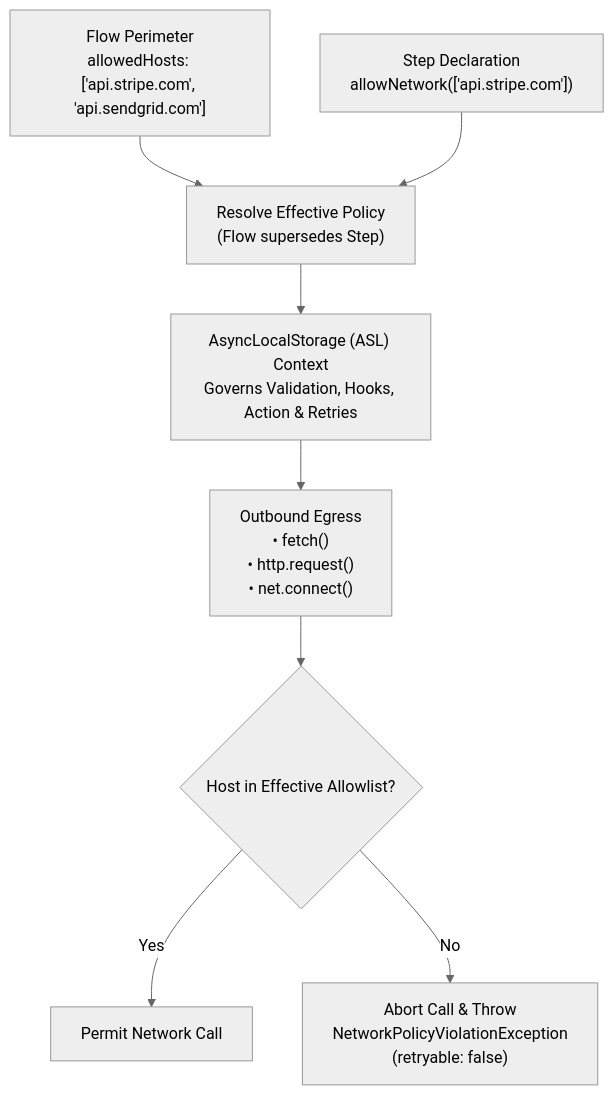
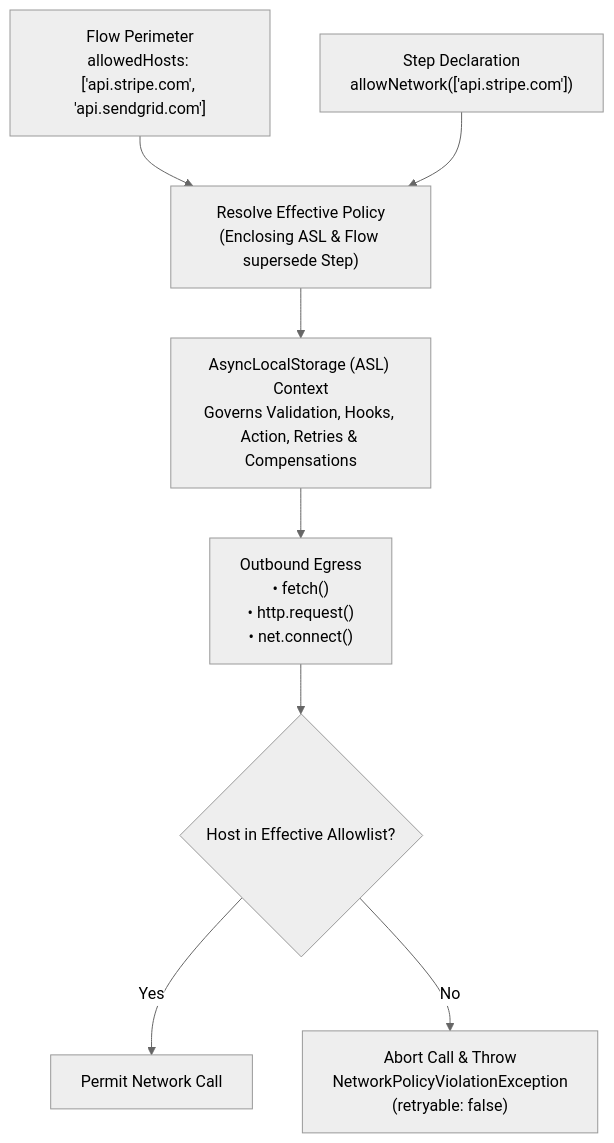
The diagram in skills/siglo-security-and-guardrails/SKILL.md (jsoftgem/siglo), drawn with Mermaid (neutral theme) before and after one commit. The commit also changed other lines of this file and 273 other files, not shown here.

First line of the commit message:
Release v1.3.0: `Step.compute`, Synchronous Dynamic Options, Duration Ergonomics, ASL Egress Governance & Type-Safety Hardening (#15)

````diff
--- a/skills/siglo-security-and-guardrails/SKILL.md
+++ b/skills/siglo-security-and-guardrails/SKILL.md
@@ -27,12 +28,12 @@
 ```mermaid
 flowchart TD
-    Flow["Flow Perimeter<br/>allowedHosts: ['api.stripe.com', 'api.sendgrid.com']"] --> Resolve["Resolve Effective Policy<br/>(Flow supersedes Step)"]
+    Flow["Flow Perimeter<br/>allowedHosts: ['api.stripe.com', 'api.sendgrid.com']"] --> Resolve["Resolve Effective Policy<br/>(Enclosing ASL & Flow supersede Step)"]
     Step["Step Declaration<br/>allowNetwork(['api.stripe.com'])"] --> Resolve
 
-    Resolve --> ASL["AsyncLocalStorage (ASL) Context<br/>Governs Validation, Hooks, Action & Retries"]
+    Resolve --> ASL["AsyncLocalStorage (ASL) Context<br/>Governs Validation, Hooks, Action, Retries & Compensations"]
     ASL --> Calls["Outbound Egress<br/>• fetch()<br/>• http.request()<br/>• net.connect()"]
 
     Calls --> Check{"Host in Effective Allowlist?"}
     Check -->|Yes| Allow["Permit Network Call"]
     Check -->|No| Reject["Abort Call & Throw<br/>NetworkPolicyViolationException<br/>(retryable: false)"]
 ```
````
